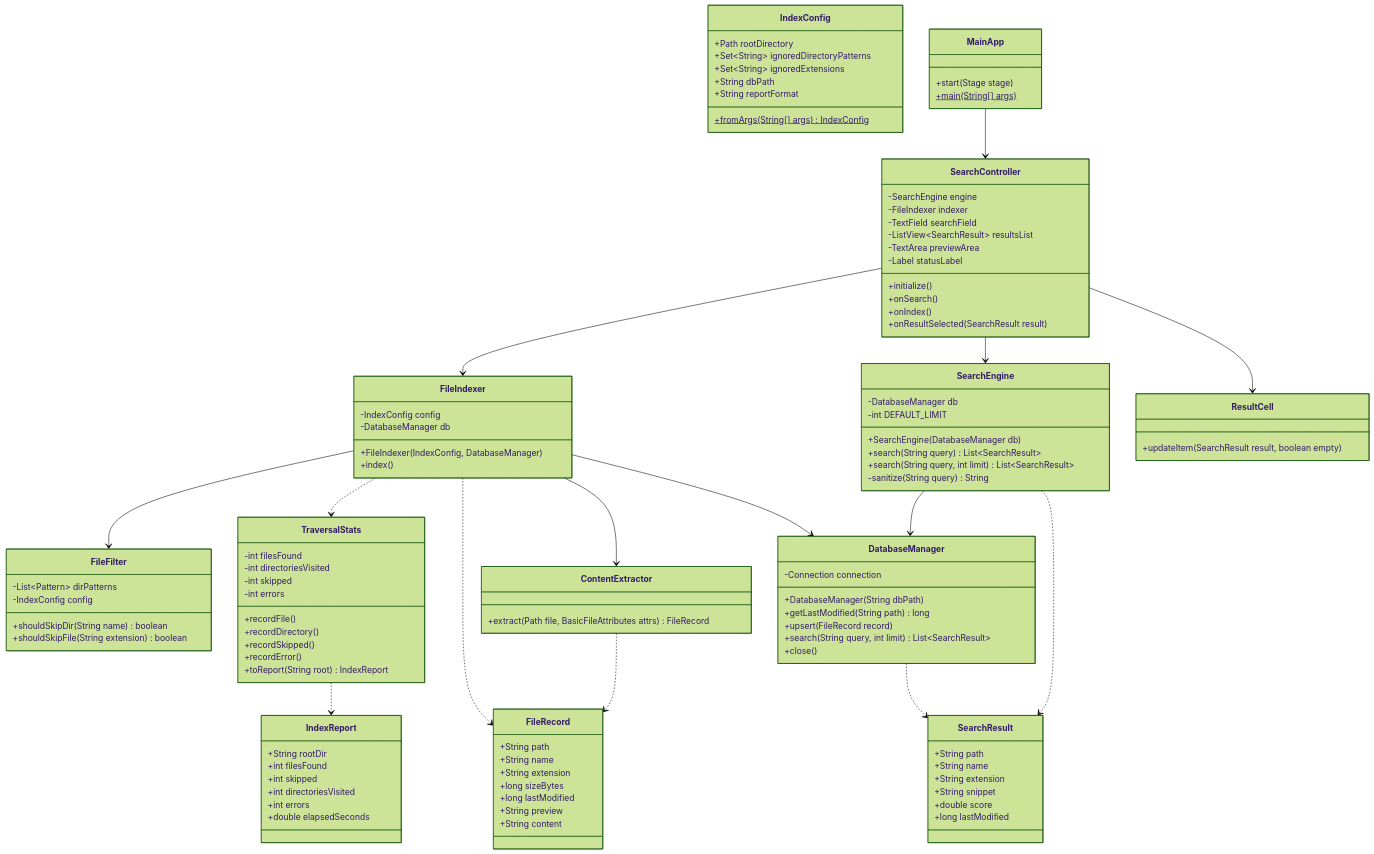
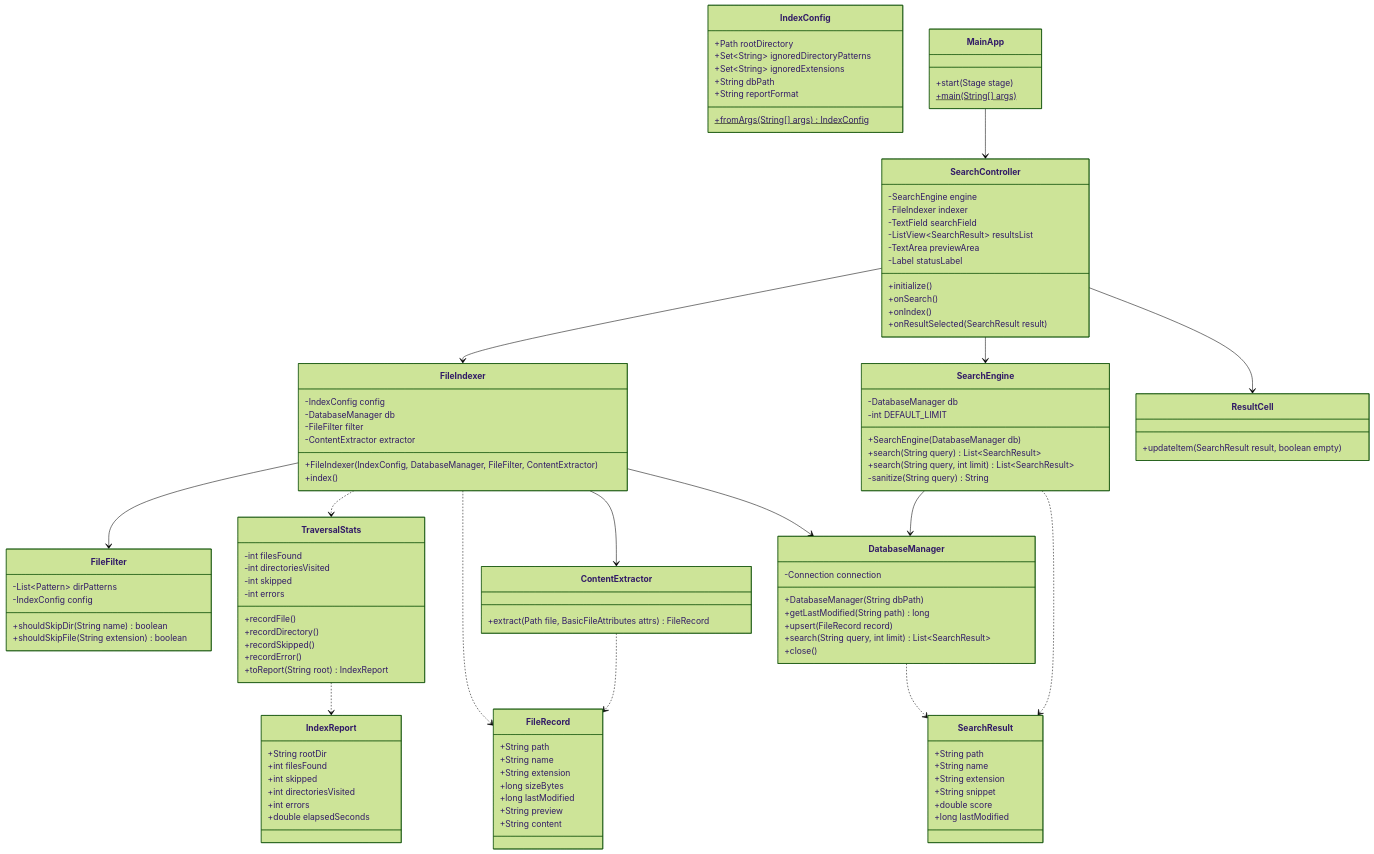
One commit to IonutzHerbil/Search_Engine changed the fourth of 7 diagrams in ARCHITECTURE.md. Above: the diagram before and after it, drawn with Mermaid (forest theme).

Commit message:
docs: changed ARCHITECTURE.md to reflect the refactoring in commit: d7bfb0bda09e17c303585f08ca04be6f872360ce

```diff
--- a/ARCHITECTURE.md
+++ b/ARCHITECTURE.md
@@ -152,7 +152,9 @@
     class FileIndexer {
         -IndexConfig config
         -DatabaseManager db
-        +FileIndexer(IndexConfig, DatabaseManager)
+        -FileFilter filter
+        -ContentExtractor extractor
+        +FileIndexer(IndexConfig, DatabaseManager, FileFilter, ContentExtractor)
         +index()
     }
 
```
